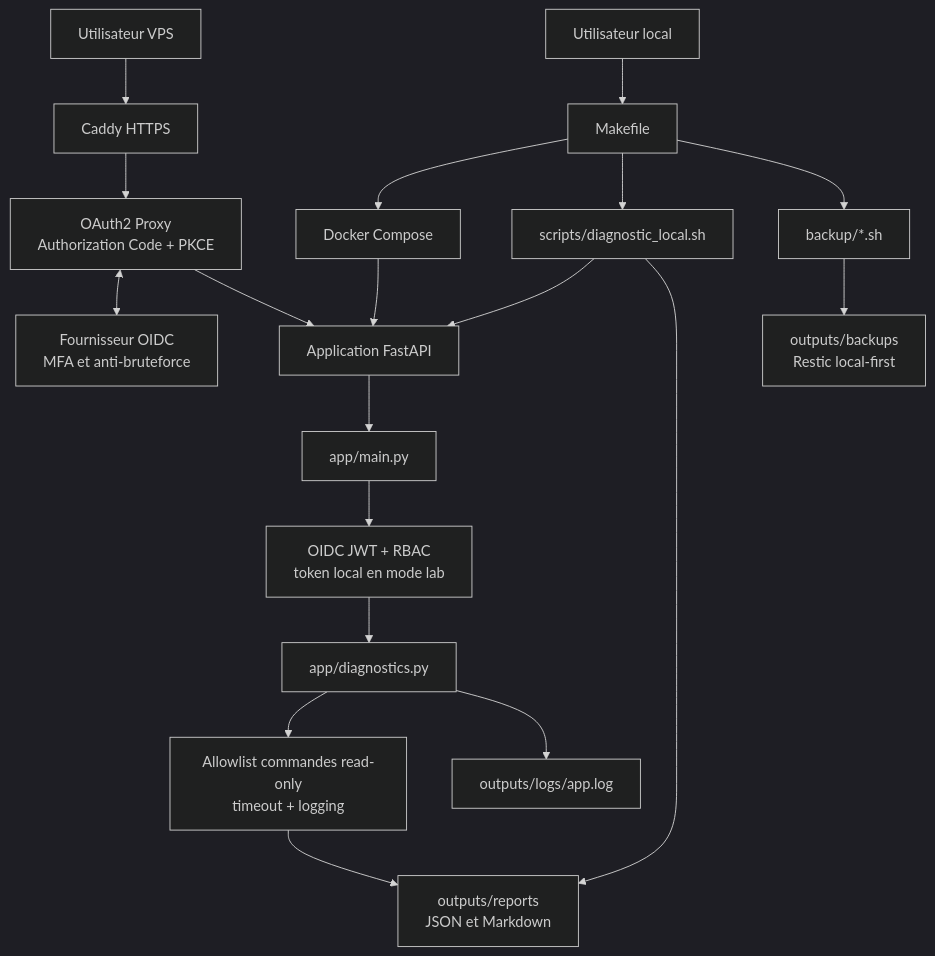
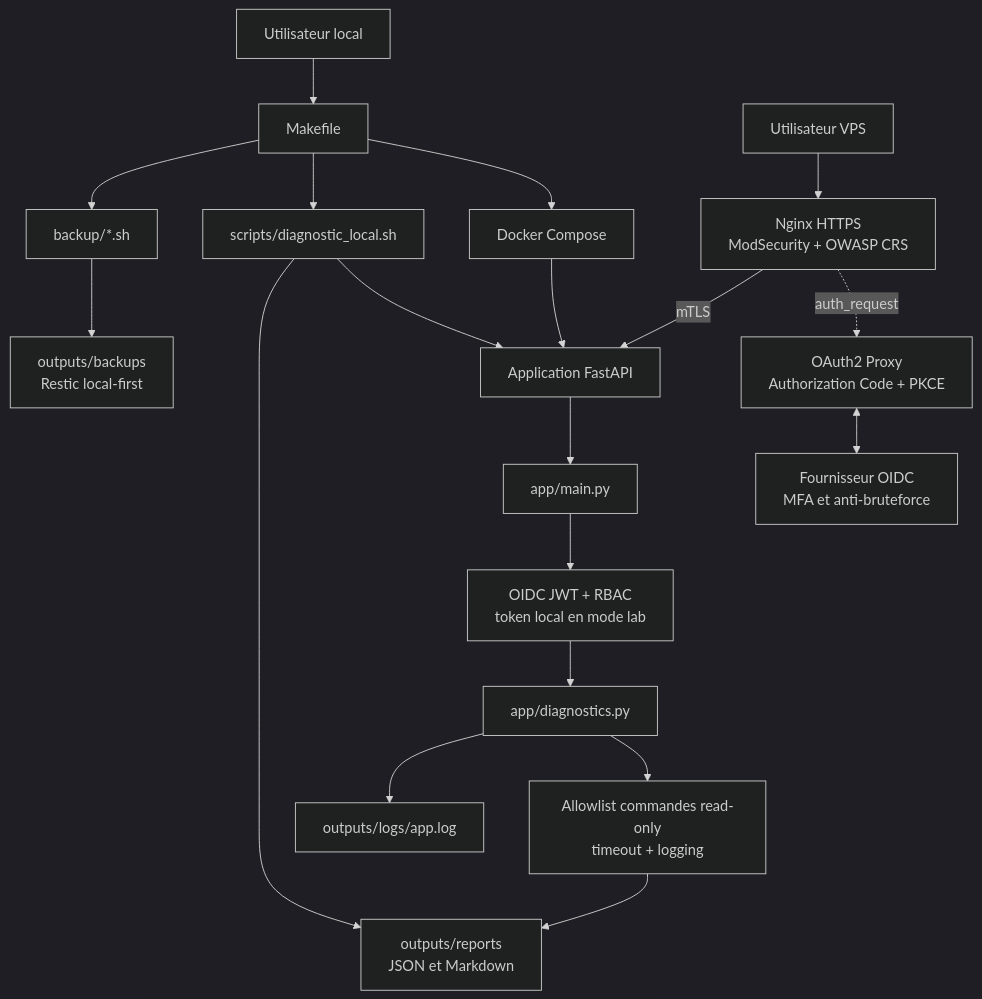
One commit to tzzzzh49-cell/infra-dev-cyber-ai-learning-lab changed the diagram in docs/architecture.md. Above: the diagram before and after it, drawn with Mermaid (dark theme). The commit also changed 29 other files, not shown here.

Commit message:
migrating caddy to nginx to increase API security

````diff
--- a/docs/architecture.md
+++ b/docs/architecture.md
@@ -30,21 +30,21 @@
 ```mermaid
 flowchart TD
     user[Utilisateur local] --> make[Makefile]
-    browser[Utilisateur VPS] --> caddy[Caddy HTTPS]
-    caddy --> oauth[OAuth2 Proxy<br/>Authorization Code + PKCE]
+    browser[Utilisateur VPS] --> nginx[Nginx HTTPS<br/>ModSecurity + OWASP CRS]
+    nginx -. auth_request .-> oauth[OAuth2 Proxy<br/>Authorization Code + PKCE]
     oauth <--> idp[Fournisseur OIDC<br/>MFA et anti-bruteforce]
-    oauth --> api
+    nginx -- mTLS --> api
     make --> compose[Docker Compose]
     compose --> api[Application FastAPI]
     api --> main[app/main.py]
     main --> auth[OIDC JWT + RBAC<br/>token local en mode lab]
     auth --> diagnostics[app/diagnostics.py]
     diagnostics --> allowlist[Allowlist commandes read-only<br/>timeout + logging]
     allowlist --> reports[outputs/reports<br/>JSON et Markdown]
     diagnostics --> logs[outputs/logs/app.log]
     make --> localdiag[scripts/diagnostic_local.sh]
     localdiag --> api
     localdiag --> reports
     make --> backups[backup/*.sh]
     backups --> backupstore[outputs/backups<br/>Restic local-first]
 ```
````
